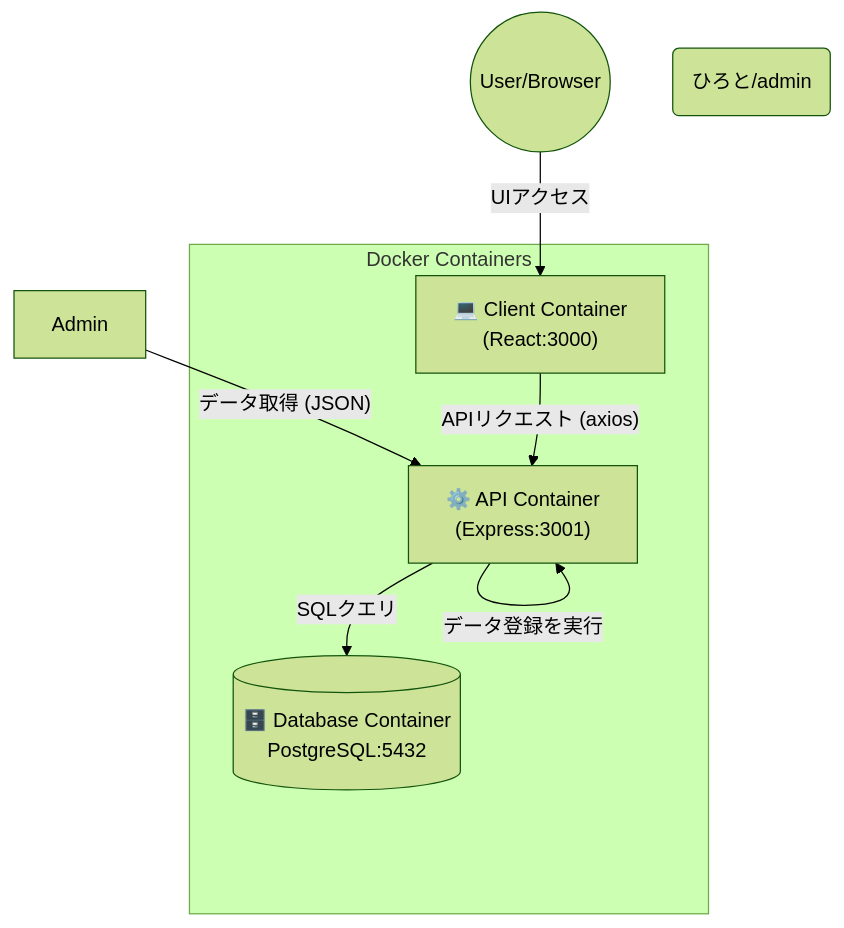
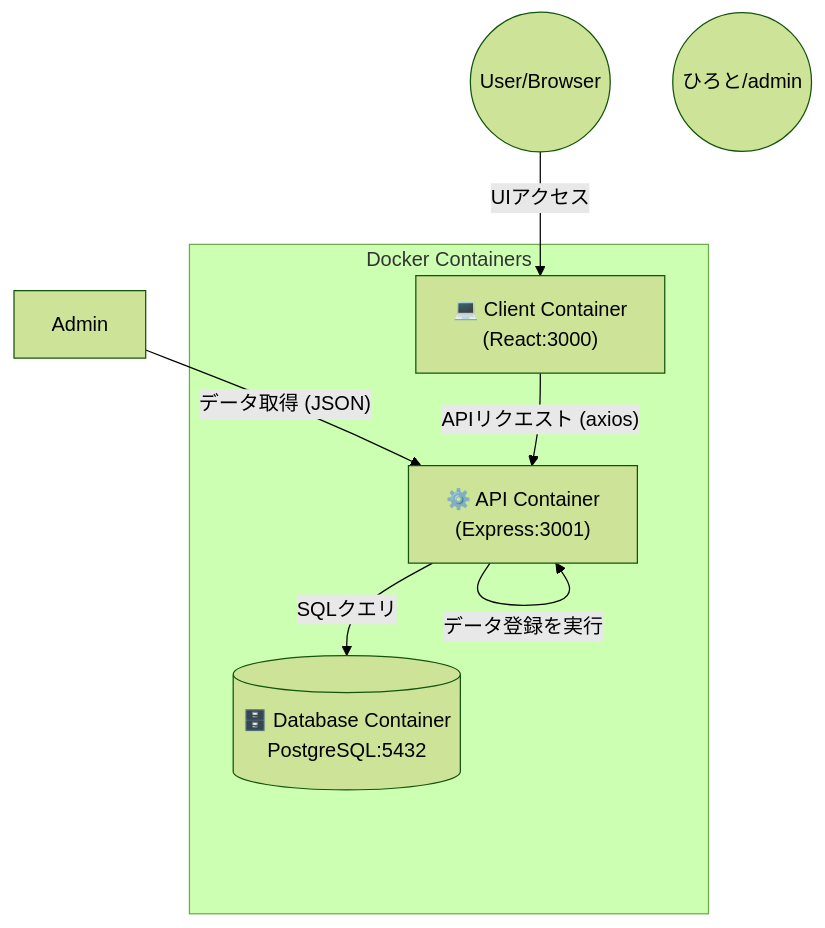
Before and after one commit to ieuko/Team-Ohtani: the diagram in README.md, drawn with Mermaid (forest theme).

````diff
--- a/README.md
+++ b/README.md
@@ -10,18 +10,18 @@
 ```mermaid
 graph TD
     User((User/Browser))
 
-    admin(ひろと/admin)
+    admin((ひろと/admin))
     
     subgraph "Docker Containers"
         Client["💻 Client Container<br/>(React:3000)"]
         API["⚙️ API Container<br/>(Express:3001)"]
         DB[("🗄️ Database Container<br/>PostgreSQL:5432")]
     end
 
     User -- "UIアクセス" --> Client
     Admin -- "データ取得 (JSON)" --> API
     Client -- "APIリクエスト (axios)" --> API
     API -- "SQLクエリ" --> DB
     API -- "データ登録を実行" --> API
 ```
````
